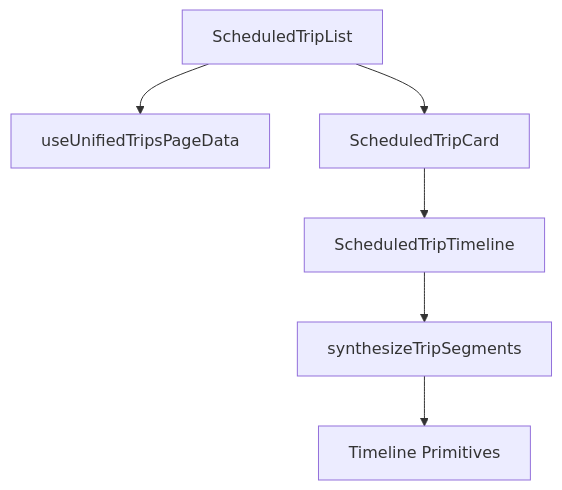
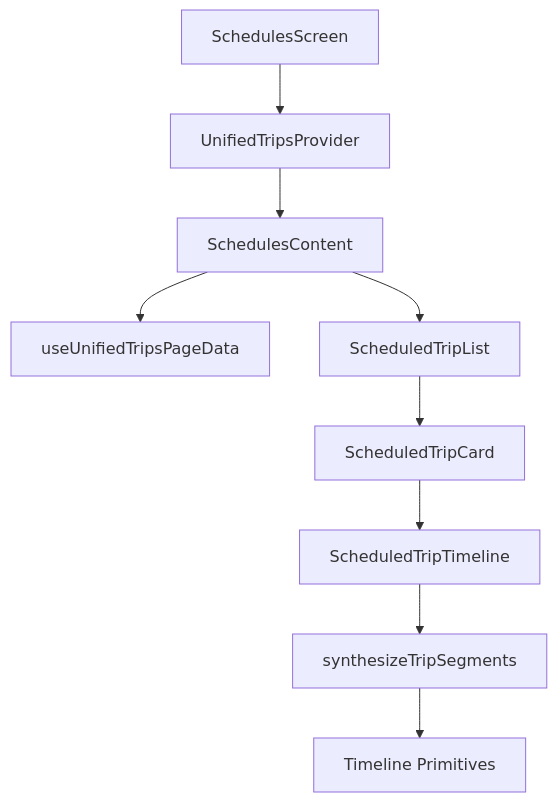
The diagram in src/features/TimelineFeatures/ScheduledTrips/README.md (RobJacobson/ferryjoy-client-neo), drawn with Mermaid before and after one commit. The commit also changed other lines of this file and 11 other files, not shown here.

First line of the commit message:
refactor: enhance ScheduledTrips structure with unified data handling

````diff
--- a/src/features/TimelineFeatures/ScheduledTrips/README.md
+++ b/src/features/TimelineFeatures/ScheduledTrips/README.md
@@ -41,8 +41,11 @@
 ```mermaid
 graph TD
-    List[ScheduledTripList] --> Hook[useUnifiedTripsPageData]
+    Screen[SchedulesScreen] --> Provider[UnifiedTripsProvider]
+    Provider --> Content[SchedulesContent]
+    Content --> Hook[useUnifiedTripsPageData]
+    Content --> List[ScheduledTripList]
     List --> Card[ScheduledTripCard]
     Card --> Timeline[ScheduledTripTimeline]
     Timeline --> Synthesis[synthesizeTripSegments]
     Synthesis --> Primitives[Timeline Primitives]
 ```
````
